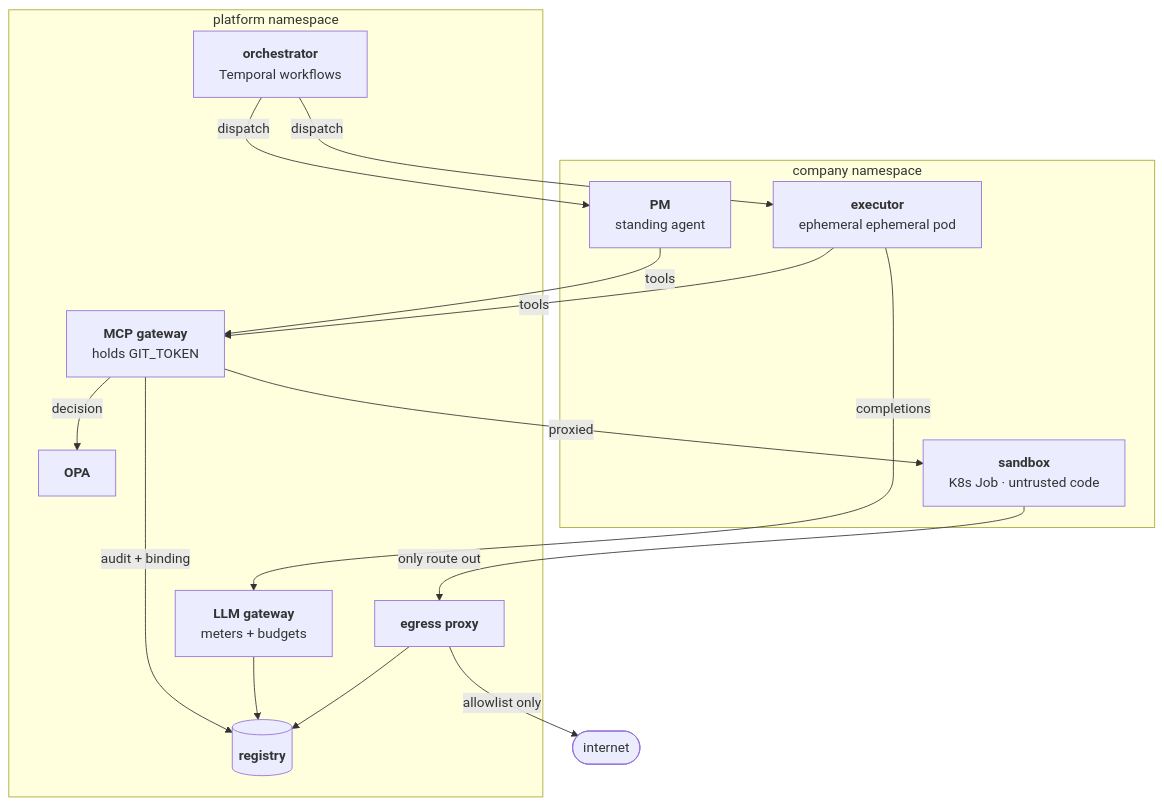
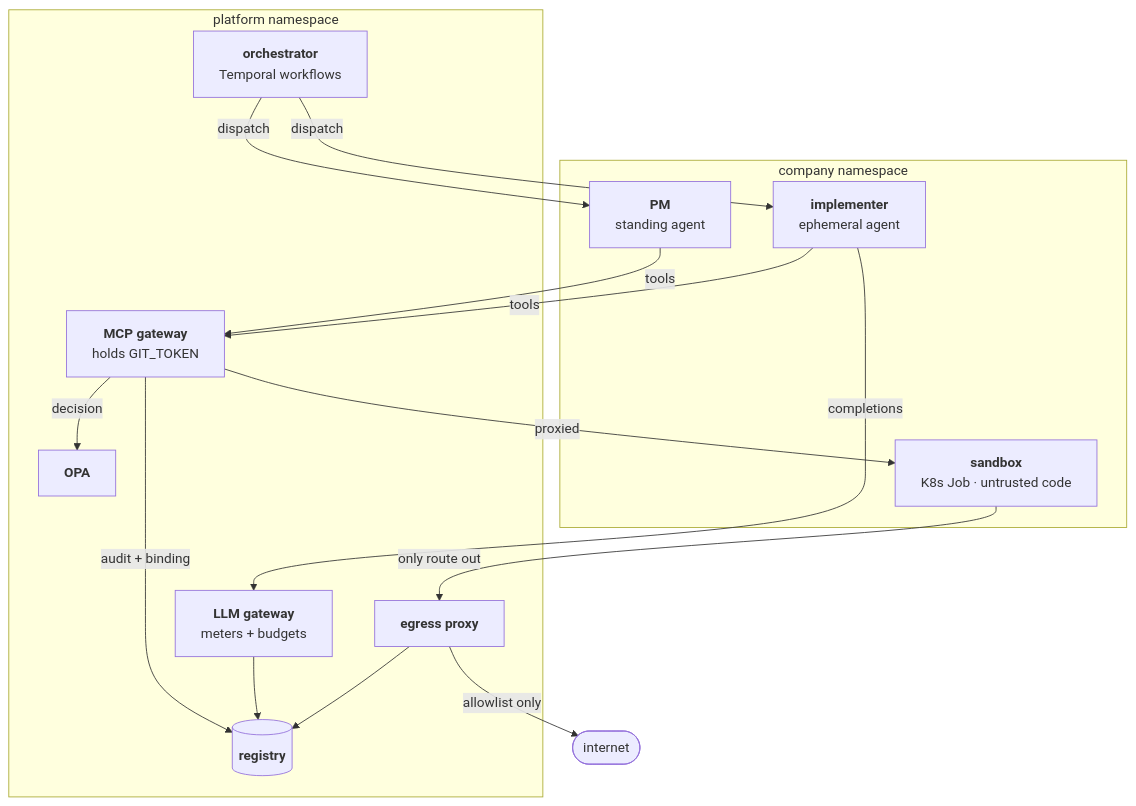
One commit to mathbrus/poseidon-prototype changed the third of 4 diagrams in README.md. Above: the diagram before and after it, drawn with Mermaid. The commit also changed other lines of this file and 83 other files, not shown here.

````diff
--- a/README.md
+++ b/README.md
@@ -330,28 +330,28 @@
 ```mermaid
 flowchart TB
     subgraph company["company namespace"]
         PM["<b>PM</b><br/>standing agent"]
-        EX["<b>executor</b><br/>ephemeral ephemeral pod"]
+        EX["<b>implementer</b><br/>ephemeral agent"]
         SBX["<b>sandbox</b><br/>K8s Job · untrusted code"]
     end
     subgraph platform["platform namespace"]
         ORC["<b>orchestrator</b><br/>Temporal workflows"]
         GW["<b>MCP gateway</b><br/>holds GIT_TOKEN"]
         LGW["<b>LLM gateway</b><br/>meters + budgets"]
         PROXY["<b>egress proxy</b>"]
         OPA2["<b>OPA</b>"]
         DB[("<b>registry</b>")]
     end
     ORC -->|dispatch| PM
     ORC -->|dispatch| EX
     PM -->|tools| GW
     EX -->|tools| GW
     GW -->|decision| OPA2
     GW -->|audit + binding| DB
     GW -->|proxied| SBX
     EX -->|completions| LGW
     LGW --> DB
     SBX -->|"only route out"| PROXY
     PROXY --> DB
     PROXY -->|allowlist only| INET(["internet"])
 ```
````
